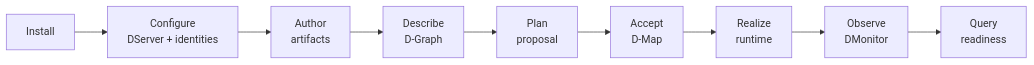
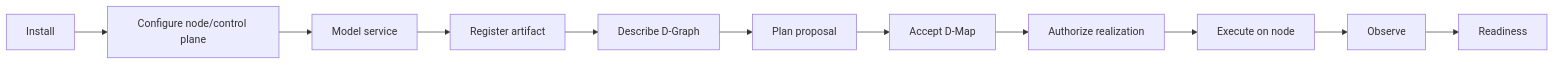
The first of 3 diagrams in docs/tutorials/index.md (dnredson/datum-docs), drawn with Mermaid before and after one commit. The commit also changed other lines of this file and 10 other files, not shown here.

Commit message:
docs: add service-to-node deployment tutorials

````diff
--- a/docs/tutorials/index.md
+++ b/docs/tutorials/index.md
@@ -10,11 +10,13 @@
 ```mermaid
 flowchart LR
-    I["Install"] --> C["Configure\nDServer + identities"]
-    C --> A["Author\nartifacts"]
-    A --> G["Describe\nD-Graph"]
-    G --> P["Plan\nproposal"]
-    P --> X["Accept\nD-Map"]
-    X --> R["Realize\nruntime"]
-    R --> O["Observe\nDMonitor"]
-    O --> Q["Query\nreadiness"]
+    I["Install"] --> C["Configure node/control plane"]
+    C --> M["Model service"]
+    M --> A["Register artifact"]
+    A --> G["Describe D-Graph"]
+    G --> P["Plan proposal"]
+    P --> X["Accept D-Map"]
+    X --> AU["Authorize realization"]
+    AU --> R["Execute on node"]
+    R --> O["Observe"]
+    O --> Q["Readiness"]
 ```
````
